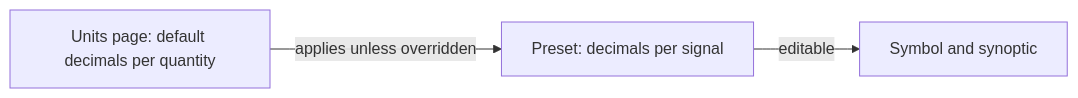
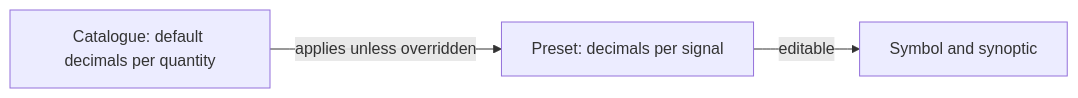
The seventh of 7 diagrams in metadata/05-units.md (AlexandreGallais/synoptic-studio-spec), drawn with Mermaid before and after one commit. The commit also changed other lines of this file and 6 other files, not shown here.

First line of the commit message:
docs(metadata): make units a read-only catalogue shipped with the app

````diff
--- a/metadata/05-units.md
+++ b/metadata/05-units.md
@@ -120,5 +149,5 @@
 ```mermaid
 flowchart LR
-    U["Units page: default decimals per quantity"] -->|"applies unless overridden"| P["Preset: decimals per signal"]
+    U["Catalogue: default decimals per quantity"] -->|"applies unless overridden"| P["Preset: decimals per signal"]
     P -->|"editable"| S["Symbol and synoptic"]
 ```
````
